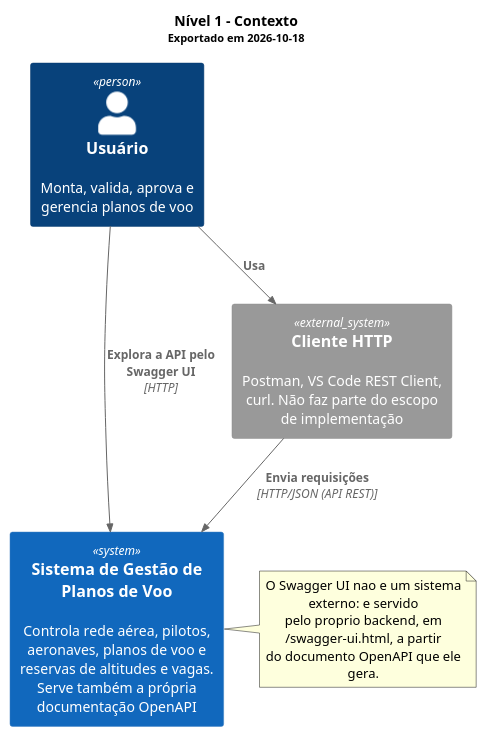
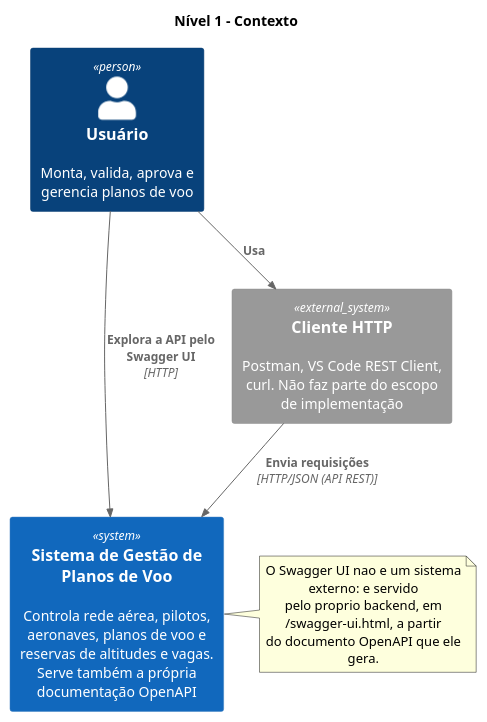
One commit to antoniocosta0/trabalho-projaq changed the diagram in docs/arquitetura/c4-contexto.puml. Above: the diagram before and after it, drawn with PlantUML. The commit also changed 21 other files, not shown here.

Commit message:
docs: shorten the adrs and sync the diagram sources with the code

```diff
--- a/docs/arquitetura/c4-contexto.puml
+++ b/docs/arquitetura/c4-contexto.puml
@@ -1,25 +1,20 @@
 @startuml
-' C4 nível 1 - Contexto
-' PUCRS - Projeto e Arquitetura de Software - 2026/2 - turma 340
 !include <C4/C4_Context>
 
-title
-  Nível 1 - Contexto
-  <size:11>Exportado em 2026-10-18</size>
-end title
+title Nível 1 - Contexto
 
 Person(usuario, "Usuário", "Monta, valida, aprova e gerencia planos de voo")
 System_Ext(cliente, "Cliente HTTP", "Postman, VS Code REST Client, curl. Não faz parte do escopo de implementação")
 System(sistema, "Sistema de Gestão de Planos de Voo", "Controla rede aérea, pilotos, aeronaves, planos de voo e reservas de altitudes e vagas. Serve também a própria documentação OpenAPI")
 
 Rel(usuario, cliente, "Usa")
 Rel(cliente, sistema, "Envia requisições", "HTTP/JSON (API REST)")
 Rel(usuario, sistema, "Explora a API pelo Swagger UI", "HTTP")
 
 note right of sistema
   O Swagger UI nao e um sistema externo: e servido
   pelo proprio backend, em /swagger-ui.html, a partir
   do documento OpenAPI que ele gera.
 end note
 
 @enduml
```
